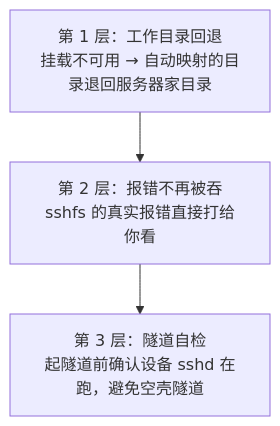
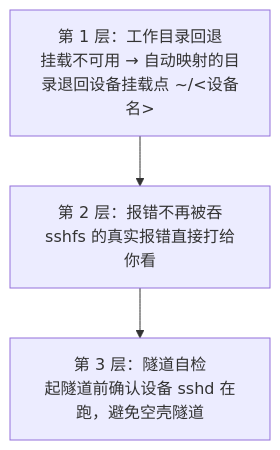
Before and after one commit to MuRain37/device-onboard: the seventh of 7 diagrams in docs/flow.md, drawn with Mermaid. The commit also changed other lines of this file and 3 other files, not shown here.

````diff
--- a/docs/flow.md
+++ b/docs/flow.md
@@ -210,5 +219,5 @@
 ```mermaid
 flowchart TD
-    E1["第 1 层：工作目录回退<br/>挂载不可用 → 自动映射的目录退回服务器家目录"] --> E2["第 2 层：报错不再被吞<br/>sshfs 的真实报错直接打给你看"]
+    E1["第 1 层：工作目录回退<br/>挂载不可用 → 自动映射的目录退回设备挂载点 ~/&lt;设备名&gt;"] --> E2["第 2 层：报错不再被吞<br/>sshfs 的真实报错直接打给你看"]
     E2 --> E3["第 3 层：隧道自检<br/>起隧道前确认设备 sshd 在跑，避免空壳隧道"]
 ```
````
